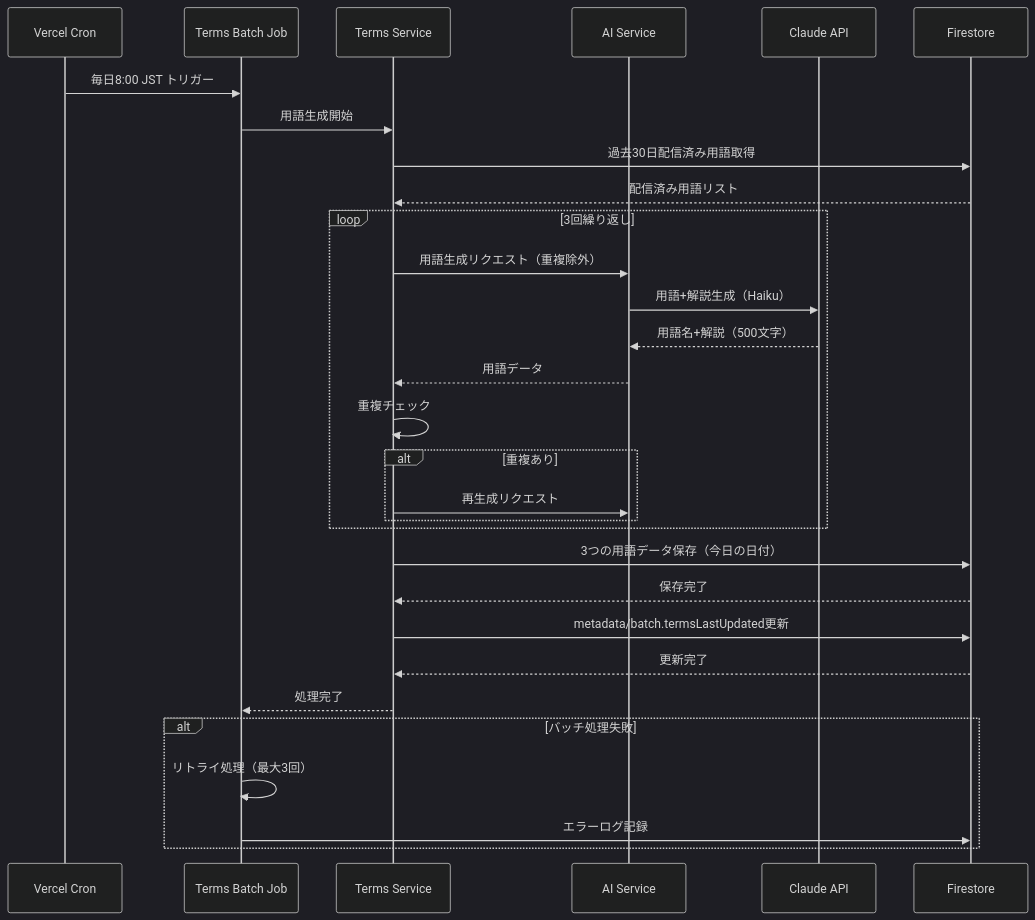
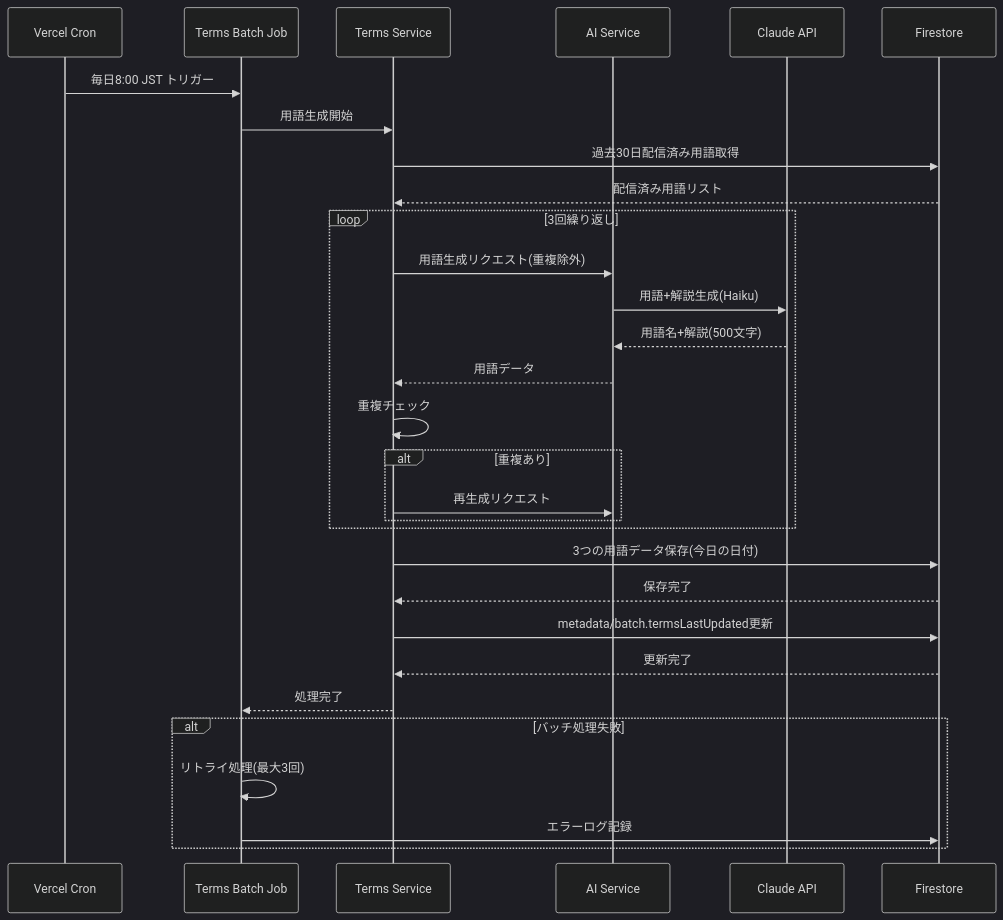
Before and after one commit to acmk189/invest-learning-app: the third of 4 diagrams in .kiro/specs/investment-news-app/design.md, drawn with Mermaid (dark theme). The commit also changed other lines of this file and 108 other files, not shown here.

````diff
--- a/.kiro/specs/investment-news-app/design.md
+++ b/.kiro/specs/investment-news-app/design.md
@@ -188,36 +188,36 @@
 ```mermaid
 sequenceDiagram
     participant Cron as Vercel Cron
     participant TermsJob as Terms Batch Job
     participant TermsService as Terms Service
     participant AIService as AI Service
     participant ClaudeAPI as Claude API
     participant Firestore as Firestore
 
     Cron->>TermsJob: 毎日8:00 JST トリガー
     TermsJob->>TermsService: 用語生成開始
     TermsService->>Firestore: 過去30日配信済み用語取得
     Firestore-->>TermsService: 配信済み用語リスト
 
     loop 3回繰り返し
-        TermsService->>AIService: 用語生成リクエスト（重複除外）
-        AIService->>ClaudeAPI: 用語+解説生成（Haiku）
-        ClaudeAPI-->>AIService: 用語名+解説（500文字）
+        TermsService->>AIService: 用語生成リクエスト(重複除外)
+        AIService->>ClaudeAPI: 用語+解説生成(Haiku)
+        ClaudeAPI-->>AIService: 用語名+解説(500文字)
         AIService-->>TermsService: 用語データ
         TermsService->>TermsService: 重複チェック
         alt 重複あり
             TermsService->>AIService: 再生成リクエスト
         end
     end
 
-    TermsService->>Firestore: 3つの用語データ保存（今日の日付）
+    TermsService->>Firestore: 3つの用語データ保存(今日の日付)
     Firestore-->>TermsService: 保存完了
     TermsService->>Firestore: metadata/batch.termsLastUpdated更新
     Firestore-->>TermsService: 更新完了
     TermsService-->>TermsJob: 処理完了
 
     alt バッチ処理失敗
-        TermsJob->>TermsJob: リトライ処理（最大3回）
+        TermsJob->>TermsJob: リトライ処理(最大3回)
         TermsJob->>Firestore: エラーログ記録
     end
 ```
````
